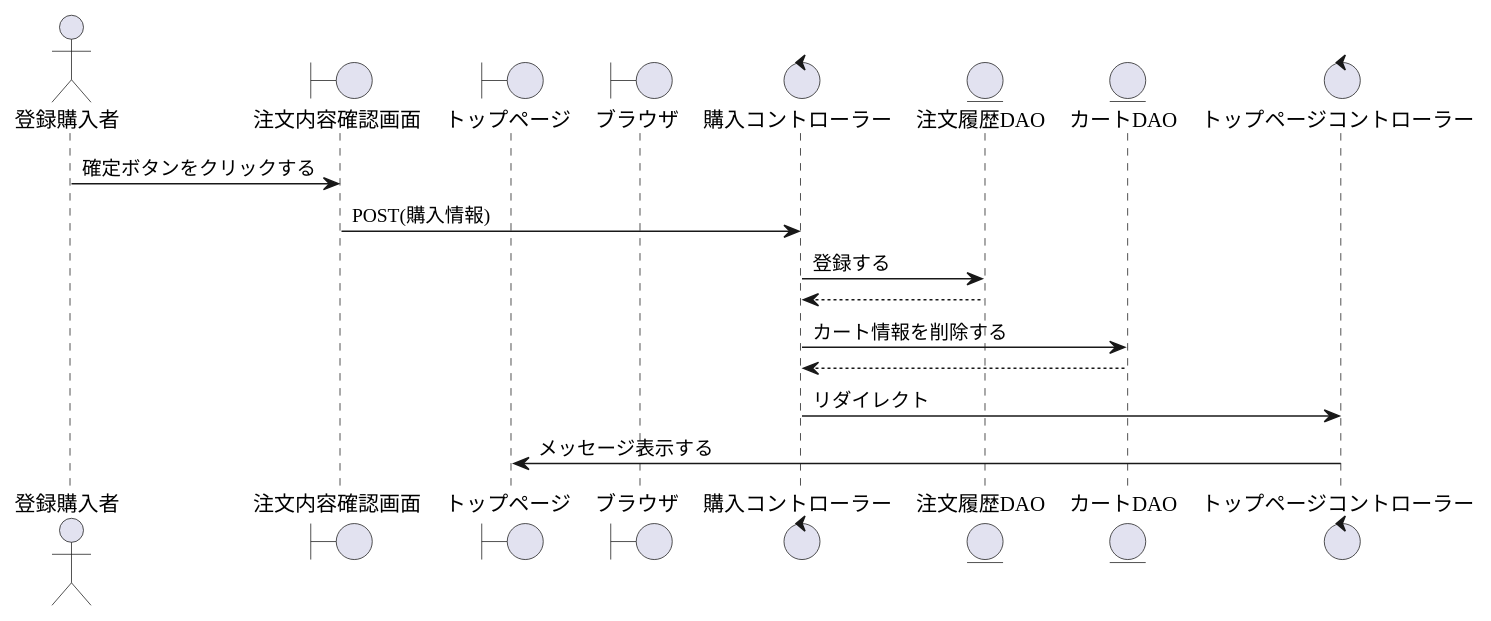
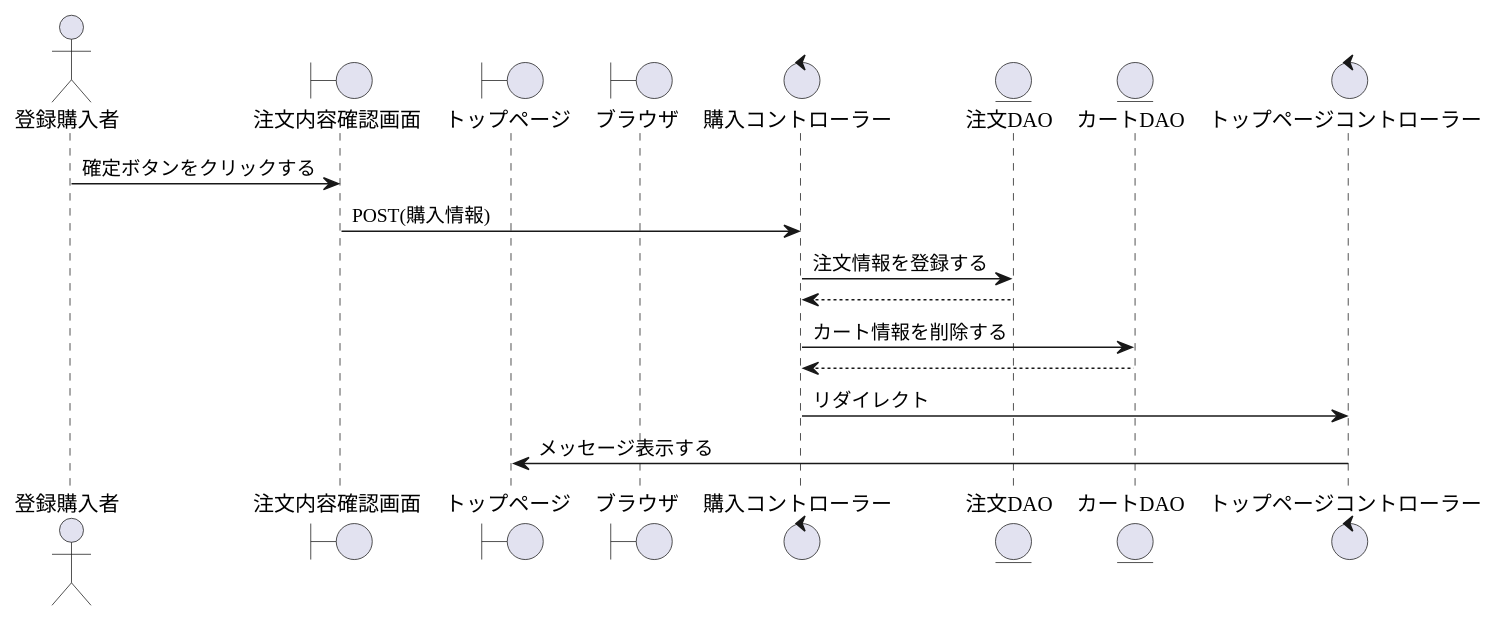
The diagram in PJ_シーケンス/購入者/購入.wsd (SK-B-S/PJ), drawn with PlantUML before and after one commit. The commit also changed 2 other files, not shown here.

```diff
--- a/PJ_シーケンス/購入者/購入.wsd
+++ b/PJ_シーケンス/購入者/購入.wsd
@@ -1,22 +1,22 @@
 @startuml 購入
 
 actor    "登録購入者" as account
 boundary "注文内容確認画面" as change_password
 boundary "トップページ" as top
 boundary "ブラウザ" as brz
 control  "購入コントローラー" as change_password_c
-entity   "注文履歴DAO" as chumon_dao
+entity   "注文DAO" as chumon_dao
 entity   "カートDAO" as cart_dao
 control  "トップページコントローラー" as top_c
 
 '-------------------------------------------------------------------------------------------
 
 account -> change_password : 確定ボタンをクリックする
 change_password -> change_password_c : POST(購入情報)
-chumon_dao <- change_password_c : 登録する
+chumon_dao <- change_password_c : 注文情報を登録する
 chumon_dao --> change_password_c
 cart_dao <- change_password_c : カート情報を削除する
 cart_dao --> change_password_c
 change_password_c -> top_c : リダイレクト
 top <- top_c : メッセージ表示する
 @enduml
```
